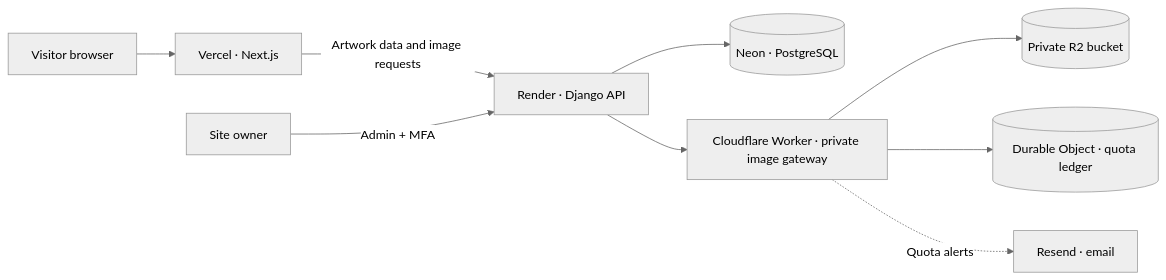
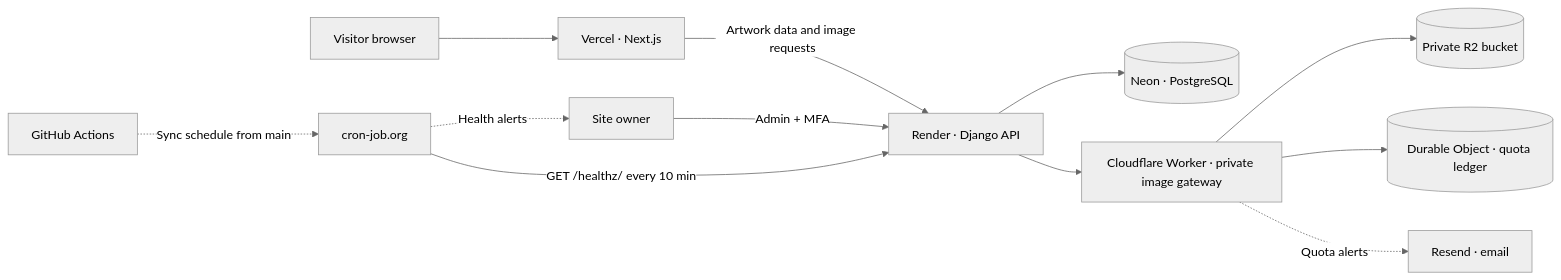
Before and after one commit to aydinkaancinar/kaan-gallery: the first of 2 diagrams in README.md, drawn with Mermaid (neutral theme). The commit also changed other lines of this file and 1 other file, not shown here.

Commit message:
Document Render keepalive architecture

````diff
--- a/README.md
+++ b/README.md
@@ -20,11 +20,14 @@
 ```mermaid
 flowchart LR
     Browser[Visitor browser] --> Vercel[Vercel · Next.js]
     Vercel -->|Artwork data and image requests| Render[Render · Django API]
     Owner[Site owner] -->|Admin + MFA| Render
+    Actions[GitHub Actions] -.->|Sync schedule from main| Cron[cron-job.org]
+    Cron -->|GET /healthz/ every 10 min| Render
+    Cron -.->|Health alerts| Owner
     Render --> Neon[(Neon · PostgreSQL)]
     Render --> Gateway[Cloudflare Worker · private image gateway]
     Gateway --> R2[(Private R2 bucket)]
     Gateway --> Ledger[(Durable Object · quota ledger)]
     Gateway -.->|Quota alerts| Resend[Resend · email]
 ```
````
